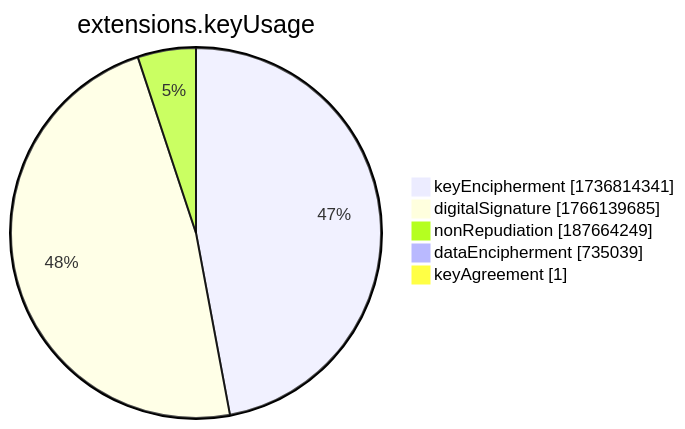
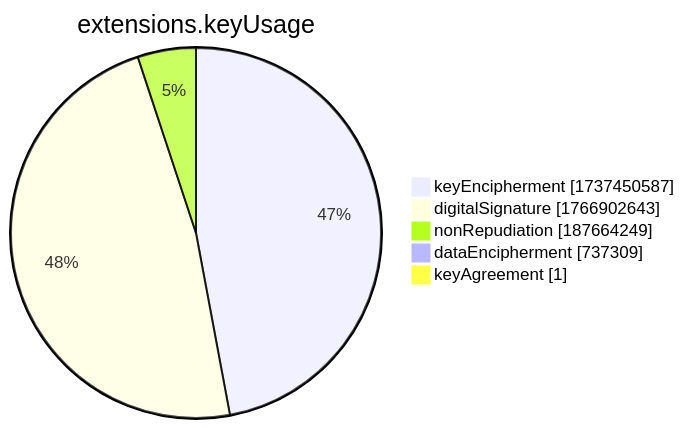
The seventh of 15 diagrams in xenon2022/README.md (christiankrug/ctmonitor_visualization), drawn with Mermaid before and after one commit. The commit also changed other lines of this file, not shown here.

````diff
--- a/xenon2022/README.md
+++ b/xenon2022/README.md
@@ -2859,9 +2859,9 @@
 ```mermaid
 pie showData
 title extensions.keyUsage
-"keyEncipherment" :1736814341
-"digitalSignature" :1766139685
+"keyEncipherment" :1737450587
+"digitalSignature" :1766902643
 "nonRepudiation" :187664249
-"dataEncipherment" :735039
+"dataEncipherment" :737309
 "keyAgreement" :1
 ```
````
